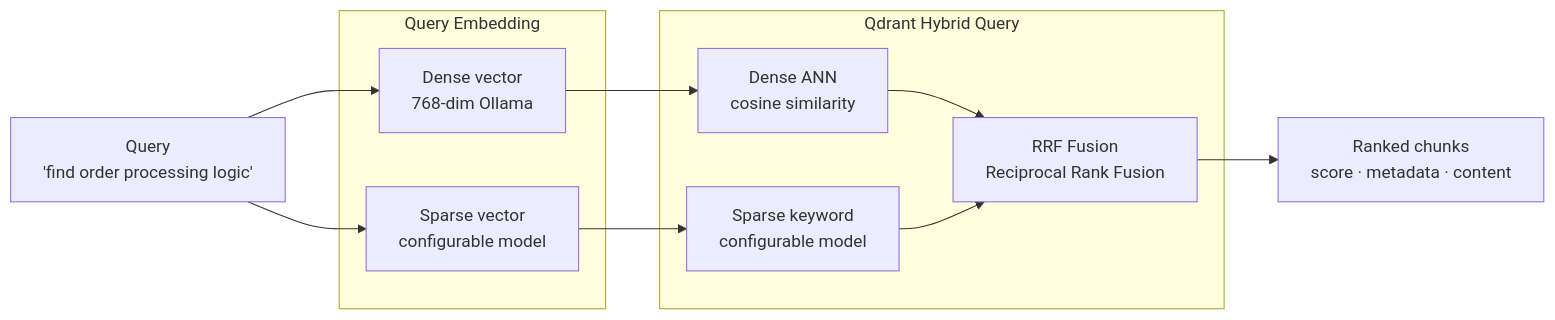
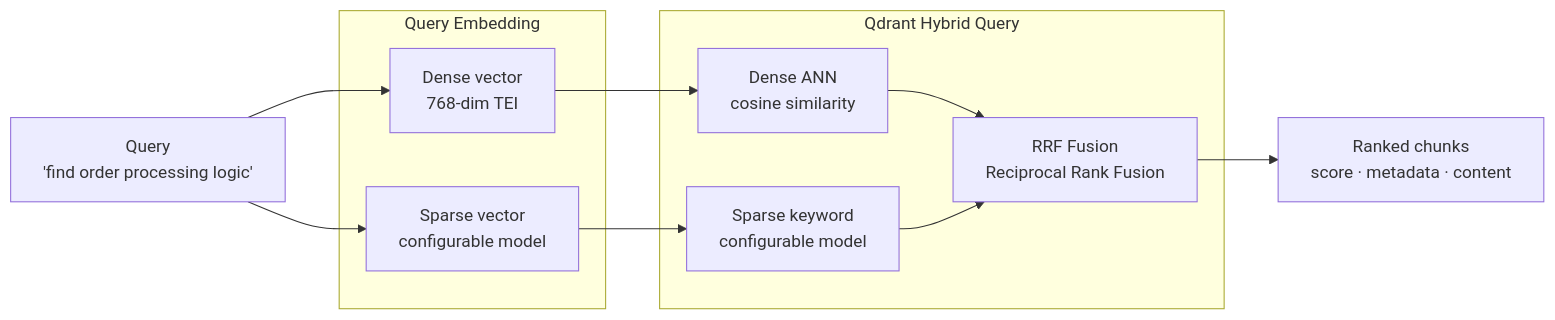
Before and after one commit to Tusquito/codebase-indexer-mcp: the third of 3 diagrams in README.md, drawn with Mermaid. The commit also changed other lines of this file and 68 other files, not shown here.

````diff
--- a/README.md
+++ b/README.md
@@ -348,22 +348,22 @@
 ```mermaid
 flowchart LR
     Q["Query\n'find order processing logic'"]
 
     subgraph Embed["Query Embedding"]
-        DE["Dense vector\n768-dim Ollama"]
+        DE["Dense vector\n768-dim TEI"]
         SE["Sparse vector\nconfigurable model"]
     end
 
     subgraph Qdrant["Qdrant Hybrid Query"]
         DA["Dense ANN\ncosine similarity"]
         SA["Sparse keyword\nconfigurable model"]
         RRF["RRF Fusion\nReciprocal Rank Fusion"]
     end
 
     Res["Ranked chunks\nscore · metadata · content"]
 
     Q --> DE & SE
     DE --> DA
     SE --> SA
     DA & SA --> RRF --> Res
 ```
````
